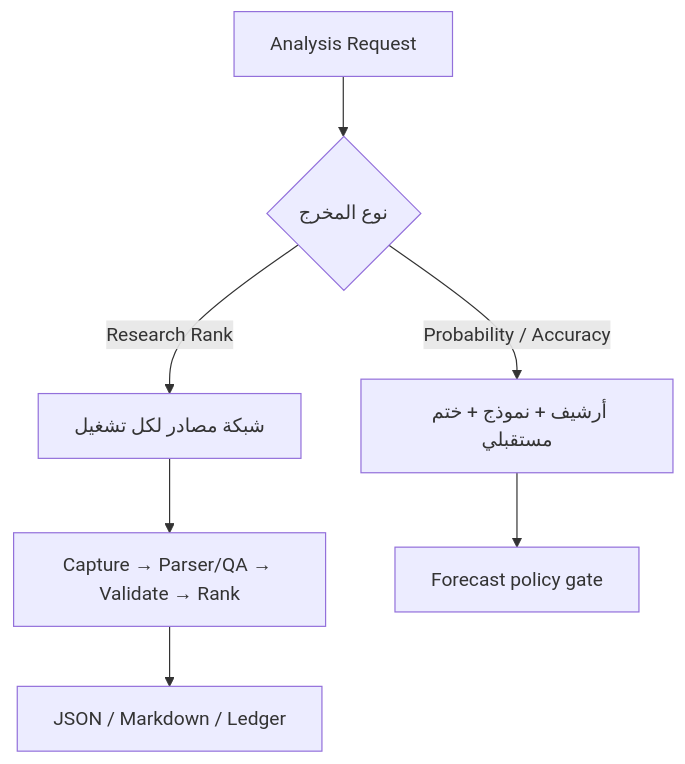
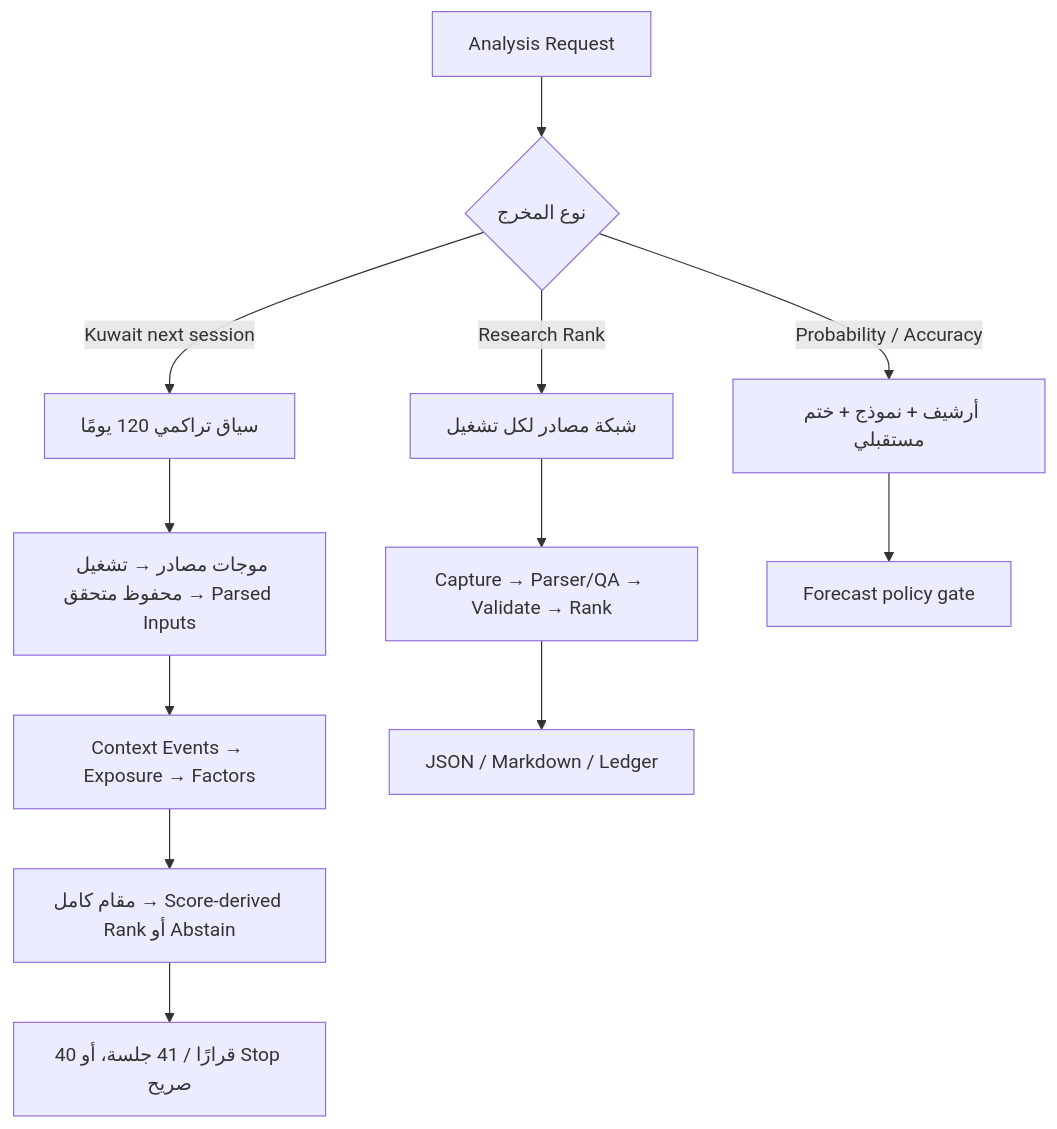
One commit to mohsamir7122/ku-bo changed the diagram in docs/ARCHITECTURE_AR.md. Above: the diagram before and after it, drawn with Mermaid. The commit also changed other lines of this file and 43 other files, not shown here.

````diff
--- a/docs/ARCHITECTURE_AR.md
+++ b/docs/ARCHITECTURE_AR.md
@@ -7,9 +7,14 @@
 ```mermaid
 flowchart TD
     A["Analysis Request"] --> B{"نوع المخرج"}
     B -->|"Research Rank"| C["شبكة مصادر لكل تشغيل"]
+    B -->|"Kuwait next session"| H["سياق تراكمي 120 يومًا"]
     B -->|"Probability / Accuracy"| D["أرشيف + نموذج + ختم مستقبلي"]
     C --> E["Capture → Parser/QA → Validate → Rank"]
+    H --> I["موجات مصادر → تشغيل محفوظ متحقق → Parsed Inputs"]
+    I --> L["Context Events → Exposure → Factors"]
+    L --> J["مقام كامل → Score-derived Rank أو Abstain"]
+    J --> K["40 قرارًا / 41 جلسة، أو Stop صريح"]
     E --> G["JSON / Markdown / Ledger"]
     D --> F["Forecast policy gate"]
 ```
````
